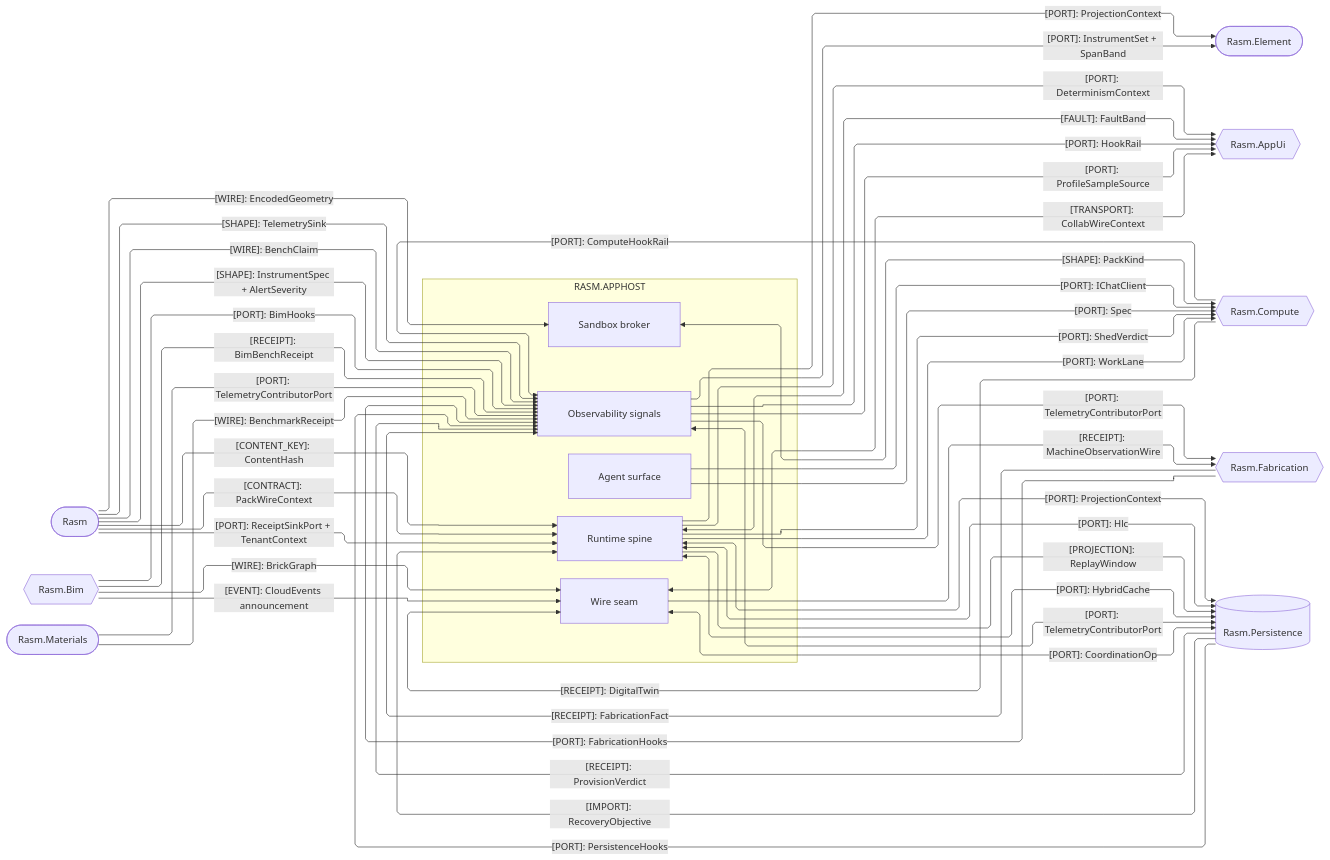
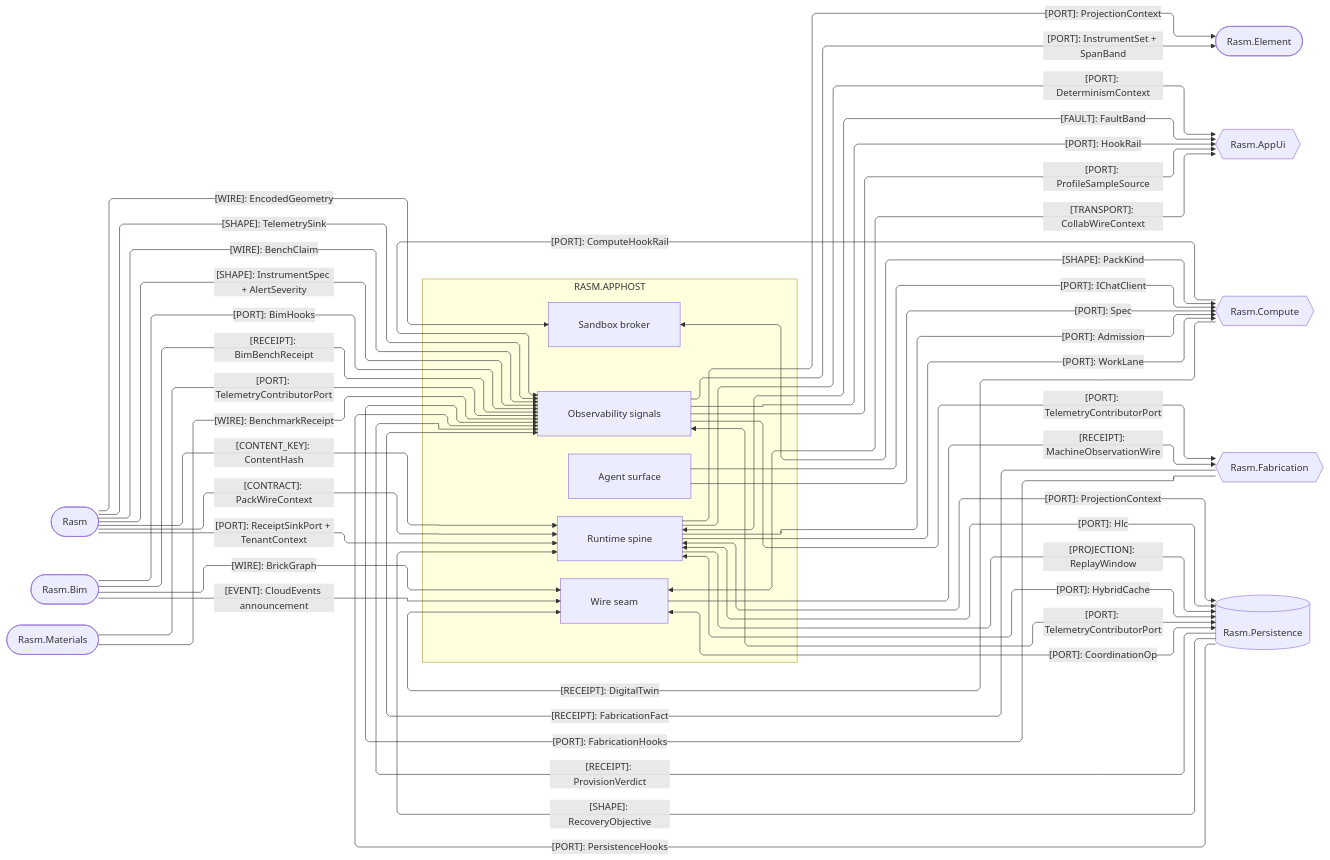
The third of 4 diagrams in libs/csharp/Rasm.AppHost/ARCHITECTURE.md (bsamiee/Rasm), drawn with Mermaid before and after one commit. The commit also changed other lines of this file and 115 other files, not shown here.

````diff
--- a/libs/csharp/Rasm.AppHost/ARCHITECTURE.md
+++ b/libs/csharp/Rasm.AppHost/ARCHITECTURE.md
@@ -151,67 +153,67 @@
 ```mermaid
 ---
 config:
   layout: elk
   flowchart:
     curve: linear
     padding: 25
 ---
 flowchart LR
     accTitle: AppHost C# platform seams
-    accDescr: AppHost sub-domain owners exchanging ports, shapes, wires, contracts, receipts, content keys, projections, transports, faults, and one imported type with every C# peer, one edge per kind.
+    accDescr: Which ports, wires, receipts, and content keys cross between AppHost and every C# peer.
     subgraph apphost[RASM.APPHOST]
         Runtime[Runtime spine]
         Agent[Agent surface]
         Wire[Wire seam]
         Sandbox[Sandbox broker]
         Observability[Observability signals]
     end
     Kernel([Rasm])
-    Bim{{Rasm.Bim}}
+    Bim([Rasm.Bim])
     Element([Rasm.Element])
     Materials([Rasm.Materials])
     AppUi{{Rasm.AppUi}}
     Compute{{Rasm.Compute}}
     Fabrication{{Rasm.Fabrication}}
     Persistence[(Rasm.Persistence)]
-    Kernel -->|"[WIRE]: EncodedGeometry"| Sandbox
-    Kernel e23@-->|"[SHAPE]: TelemetrySink"| Observability
-    Kernel e24@-->|"[WIRE]: BenchClaim"| Observability
-    Kernel e40@-->|"[SHAPE]: InstrumentSpec + AlertSeverity"| Observability
-    Kernel e30@-->|"[CONTENT_KEY]: ContentHash"| Runtime
-    Kernel e42@-->|"[CONTRACT]: PackWireContext"| Runtime
-    Kernel e41@-->|"[PORT]: ReceiptSinkPort + TenantContext"| Runtime
-    Bim e25@-->|"[PORT]: BimHooks"| Observability
-    Bim e26@-->|"[RECEIPT]: BimBenchReceipt"| Observability
-    Bim e39@-->|"[EVENT]: CloudEvents announcement"| Wire
-    Bim e43@-->|"[WIRE]: BrickGraph"| Wire
-    Runtime e3@-->|"[PORT]: ProjectionContext"| Element
-    Observability e31@-->|"[PORT]: InstrumentSet + SpanBand"| Element
-    Materials e32@-->|"[PORT]: TelemetryContributorPort"| Observability
-    Materials e33@-->|"[WIRE]: BenchmarkReceipt"| Observability
-    Runtime -->|"[PORT]: DeterminismContext"| AppUi
-    Runtime e6@<-->|"[PORT]: ProjectionContext"| Persistence
-    Wire e8@<-->|"[PORT]: CoordinationOp"| Persistence
-    Runtime e15@<-->|"[PORT]: Hlc"| Persistence
-    Persistence e44@-->|"[IMPORT]: RecoveryObjective"| Runtime
-    Runtime e16@-->|"[PROJECTION]: ReplayWindow"| Persistence
-    Runtime e17@<-->|"[PORT]: HybridCache"| Persistence
-    Persistence e18@-->|"[RECEIPT]: ProvisionVerdict"| Observability
-    Observability e14@<-->|"[PORT]: TelemetryContributorPort"| Persistence
-    Persistence e34@-->|"[PORT]: PersistenceHooks"| Observability
-    Observability e19@-->|"[PORT]: HookRail"| AppUi
-    Runtime e20@<-->|"[FAULT]: FaultBand"| AppUi
-    Observability e27@-->|"[PORT]: ProfileSampleSource"| AppUi
-    Fabrication e21@-->|"[RECEIPT]: FabricationFact"| Observability
-    Fabrication e35@-->|"[PORT]: FabricationHooks"| Observability
-    Observability e22@-->|"[PORT]: TelemetryContributorPort"| Fabrication
-    Wire e28@-->|"[RECEIPT]: MachineObservationWire"| Fabrication
-    Runtime -->|"[PORT]: ShedVerdict"| Compute
-    Runtime e36@-->|"[PORT]: WorkLane"| Compute
-    Agent -->|"[PORT]: IChatClient"| Compute
-    Agent -->|"[PORT]: Spec"| Compute
+    Kernel e1@-->|"[WIRE]: EncodedGeometry"| Sandbox
+    Kernel e2@-->|"[SHAPE]: TelemetrySink"| Observability
+    Kernel e3@-->|"[WIRE]: BenchClaim"| Observability
+    Kernel e4@-->|"[SHAPE]: InstrumentSpec + AlertSeverity"| Observability
+    Kernel e5@-->|"[CONTENT_KEY]: ContentHash"| Runtime
+    Kernel e6@-->|"[CONTRACT]: PackWireContext"| Runtime
+    Kernel e7@-->|"[PORT]: ReceiptSinkPort + TenantContext"| Runtime
+    Bim e8@-->|"[PORT]: BimHooks"| Observability
+    Bim e9@-->|"[RECEIPT]: BimBenchReceipt"| Observability
+    Bim e10@-->|"[EVENT]: CloudEvents announcement"| Wire
+    Bim e11@-->|"[WIRE]: BrickGraph"| Wire
+    Runtime e12@-->|"[PORT]: ProjectionContext"| Element
+    Observability e13@-->|"[PORT]: InstrumentSet + SpanBand"| Element
+    Materials e14@-->|"[PORT]: TelemetryContributorPort"| Observability
+    Materials e15@-->|"[WIRE]: BenchmarkReceipt"| Observability
+    Runtime e16@-->|"[PORT]: DeterminismContext"| AppUi
+    Runtime e17@<-->|"[PORT]: ProjectionContext"| Persistence
+    Wire e18@<-->|"[PORT]: CoordinationOp"| Persistence
+    Runtime e19@<-->|"[PORT]: Hlc"| Persistence
+    Persistence e20@-->|"[SHAPE]: RecoveryObjective"| Runtime
+    Runtime e21@-->|"[PROJECTION]: ReplayWindow"| Persistence
+    Runtime e22@<-->|"[PORT]: HybridCache"| Persistence
+    Persistence e23@-->|"[RECEIPT]: ProvisionVerdict"| Observability
+    Observability e24@<-->|"[PORT]: TelemetryContributorPort"| Persistence
+    Persistence e25@-->|"[PORT]: PersistenceHooks"| Observability
+    Observability e26@-->|"[PORT]: HookRail"| AppUi
+    Runtime e27@<-->|"[FAULT]: FaultBand"| AppUi
+    Observability e28@-->|"[PORT]: ProfileSampleSource"| AppUi
+    Fabrication e29@-->|"[RECEIPT]: FabricationFact"| Observability
+    Fabrication e30@-->|"[PORT]: FabricationHooks"| Observability
+    Observability e31@-->|"[PORT]: TelemetryContributorPort"| Fabrication
+    Wire e32@-->|"[RECEIPT]: MachineObservationWire"| Fabrication
+    Runtime e33@-->|"[PORT]: Admission"| Compute
+    Runtime e34@-->|"[PORT]: WorkLane"| Compute
+    Agent e35@-->|"[PORT]: IChatClient"| Compute
+    Agent e36@-->|"[PORT]: Spec"| Compute
     Compute e37@-->|"[PORT]: ComputeHookRail"| Observability
     Compute e38@-->|"[RECEIPT]: DigitalTwin"| Wire
-    Wire e29@<-->|"[TRANSPORT]: CollabWireContext"| AppUi
-    Sandbox <-->|"[SHAPE]: PackKind"| Compute
+    Wire e39@<-->|"[TRANSPORT]: CollabWireContext"| AppUi
+    Sandbox e40@<-->|"[SHAPE]: PackKind"| Compute
 ```
````
